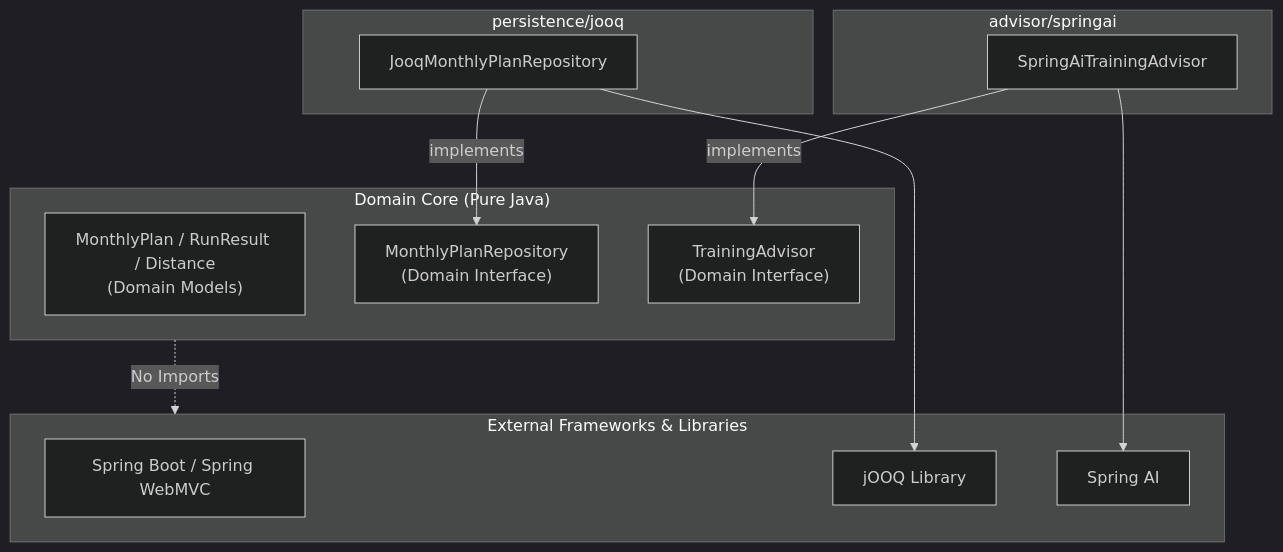
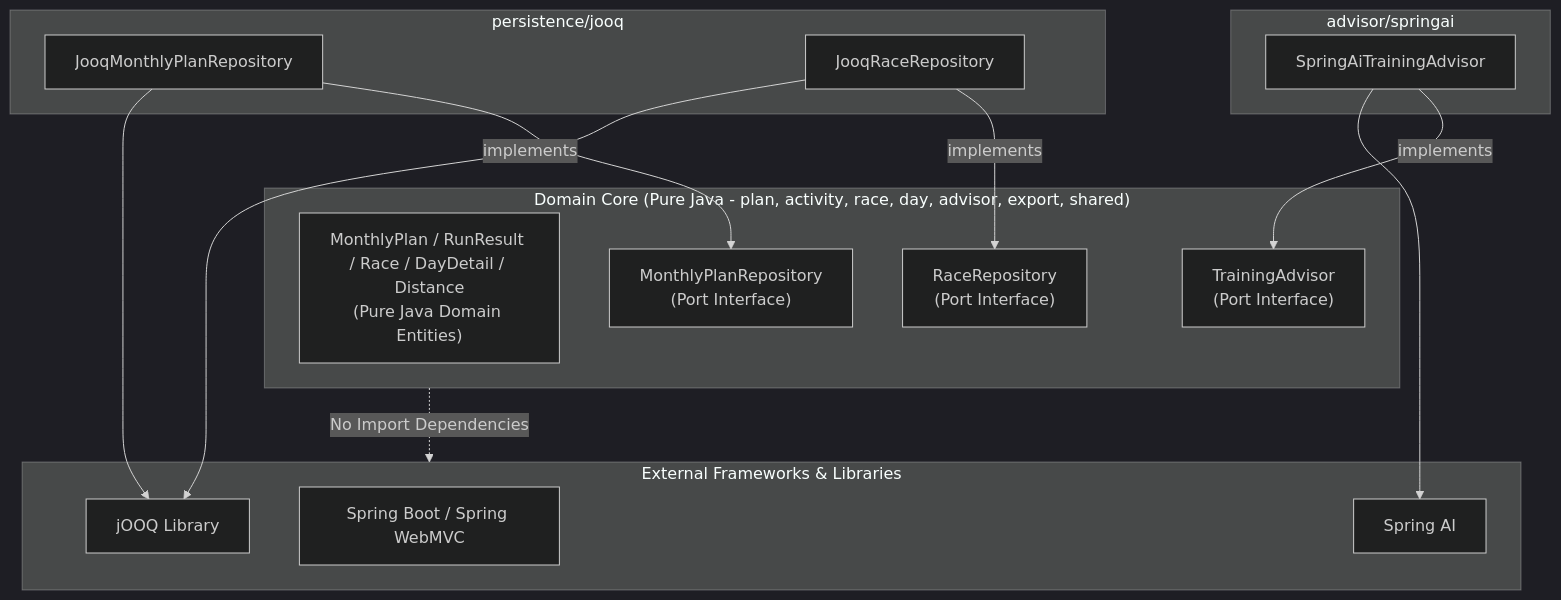
The second of 3 diagrams in openwiki/architecture/overview.md (tis-abe-akira/run-buddy), drawn with Mermaid (dark theme) before and after one commit. The commit also changed other lines of this file and 14 other files, not shown here.

````diff
--- a/openwiki/architecture/overview.md
+++ b/openwiki/architecture/overview.md
@@ -111,30 +126,34 @@
 ```mermaid
 flowchart TD
-    subgraph DomainCore ["Domain Core (Pure Java)"]
-        MonthlyPlan["MonthlyPlan / RunResult / Distance\n(Domain Models)"]
-        PlanRepoPort["MonthlyPlanRepository\n(Domain Interface)"]
-        AdvisorPort["TrainingAdvisor\n(Domain Interface)"]
+    subgraph DomainCore ["Domain Core (Pure Java - plan, activity, race, day, advisor, export, shared)"]
+        DomainModels["MonthlyPlan / RunResult / Race / DayDetail / Distance\n(Pure Java Domain Entities)"]
+        PlanRepoPort["MonthlyPlanRepository\n(Port Interface)"]
+        RaceRepoPort["RaceRepository\n(Port Interface)"]
+        AdvisorPort["TrainingAdvisor\n(Port Interface)"]
     end
 
     subgraph PersistenceJooq ["persistence/jooq"]
         JooqPlanRepo["JooqMonthlyPlanRepository"]
+        JooqRaceRepo["JooqRaceRepository"]
     end
 
     subgraph AdvisorSpringAi ["advisor/springai"]
         SpringAiAdvisor["SpringAiTrainingAdvisor"]
     end
 
     subgraph Frameworks ["External Frameworks & Libraries"]
         SpringBoot["Spring Boot / Spring WebMVC"]
         jOOQ["jOOQ Library"]
         SpringAI["Spring AI"]
     end
 
     JooqPlanRepo -->|"implements"| PlanRepoPort
+    JooqRaceRepo -->|"implements"| RaceRepoPort
     SpringAiAdvisor -->|"implements"| AdvisorPort
 
     JooqPlanRepo --> jOOQ
+    JooqRaceRepo --> jOOQ
     SpringAiAdvisor --> SpringAI
 
-    DomainCore -.->|"No Imports"| Frameworks
+    DomainCore -.->|"No Import Dependencies"| Frameworks
 ```
````
